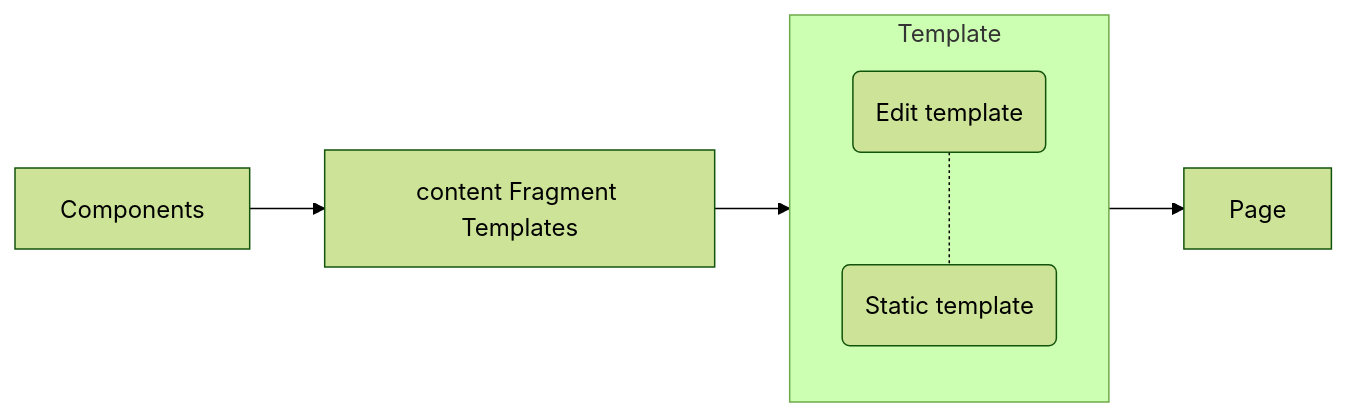
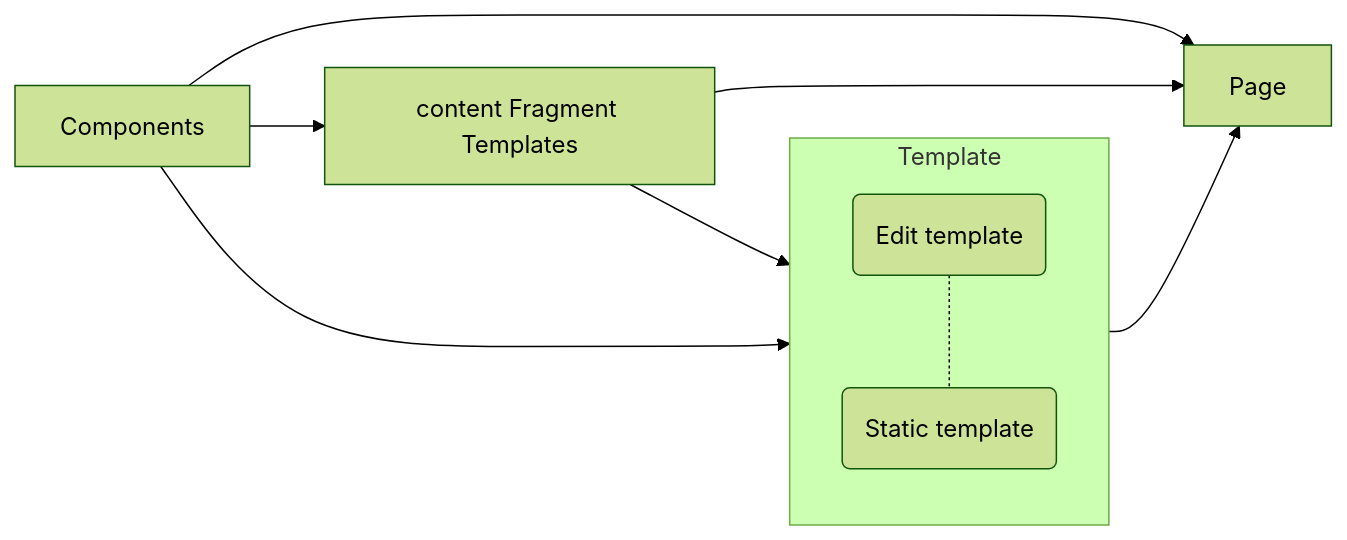
The second of 2 diagrams in docs/adobe/aem/sites/page.md (Xiong1028/LearningBase), drawn with Mermaid (forest theme) before and after one commit. The commit also changed 15 other files, not shown here.

````diff
--- a/docs/adobe/aem/sites/page.md
+++ b/docs/adobe/aem/sites/page.md
@@ -11,9 +11,13 @@
 ```mermaid
 	flowchart LR
 	Components --> e[content Fragment Templates]
 	subgraph Template
 		direction TB
 		d(Edit template) -.- c(Static template)
 	end
 	e-->Template--> Page
+	Components --> Page
+	e --> Page
+	Components --> Template
+	
 ```
````
